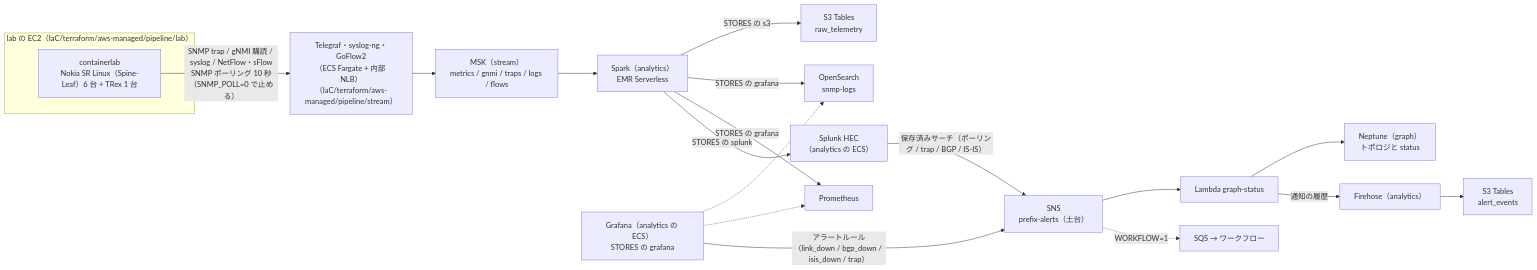
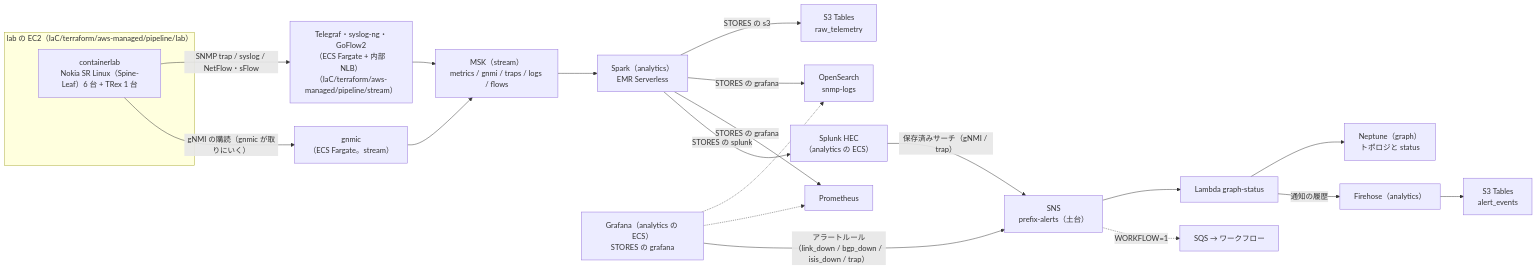
One commit to eddie-eights/nwc-poc changed the first of 2 diagrams in docs/pipeline.md. Above: the diagram before and after it, drawn with Mermaid. The commit also changed other lines of this file and 89 other files, not shown here.

First line of the commit message:
gNMI を gnmic で取り、dial-in をやめる（013）: 第 2 段を終える（telegraf-dialin と SNMP のポーリングを外し、gnmic を足す）

````diff
--- a/docs/pipeline.md
+++ b/docs/pipeline.md
@@ -7,20 +7,22 @@
 ```mermaid
 flowchart LR
   subgraph LABEC2["lab の EC2（IaC/terraform/aws-managed/pipeline/lab）"]
     CLAB["containerlab<br/>Nokia SR Linux（Spine-Leaf）6 台 + TRex 1 台"]
   end
-  CLAB -->|"SNMP trap / gNMI 購読 / syslog / NetFlow・sFlow<br/>SNMP ポーリング 10 秒（SNMP_POLL=0 で止める）"| TG["Telegraf・syslog-ng・GoFlow2<br/>（ECS Fargate + 内部 NLB）<br/>（IaC/terraform/aws-managed/pipeline/stream）"]
+  CLAB -->|"SNMP trap / syslog / NetFlow・sFlow"| TG["Telegraf・syslog-ng・GoFlow2<br/>（ECS Fargate + 内部 NLB）<br/>（IaC/terraform/aws-managed/pipeline/stream）"]
+  CLAB -->|"gNMI の購読（gnmic が取りにいく）"| GN["gnmic<br/>（ECS Fargate。stream）"]
   TG --> MSK["MSK（stream）<br/>metrics / gnmi / traps / logs / flows"]
+  GN --> MSK
   MSK --> SPARK["Spark（analytics）<br/>EMR Serverless"]
   SPARK -->|"STORES の s3"| ICE["S3 Tables<br/>raw_telemetry"]
   SPARK -->|"STORES の grafana"| OS["OpenSearch<br/>snmp-logs"]
   SPARK -->|"STORES の grafana"| PROM["Prometheus"]
   SPARK -->|"STORES の splunk"| SPL["Splunk HEC<br/>（analytics の ECS）"]
   GRAF["Grafana（analytics の ECS）<br/>STORES の grafana"] -.-> OS
   GRAF -.-> PROM
   GRAF -->|"アラートルール（link_down / bgp_down / isis_down / trap）"| SNS["SNS<br/>prefix-alerts（土台）"]
-  SPL -->|"保存済みサーチ（ポーリング / trap / BGP / IS-IS）"| SNS
+  SPL -->|"保存済みサーチ（gNMI / trap）"| SNS
   SNS --> GL["Lambda graph-status"] --> NEP["Neptune（graph）<br/>トポロジと status"]
   GL -->|"通知の履歴"| FH["Firehose（analytics）"] --> AEV["S3 Tables<br/>alert_events"]
   SNS -.->|"WORKFLOW=1"| SQS["SQS → ワークフロー"]
 ```
````
